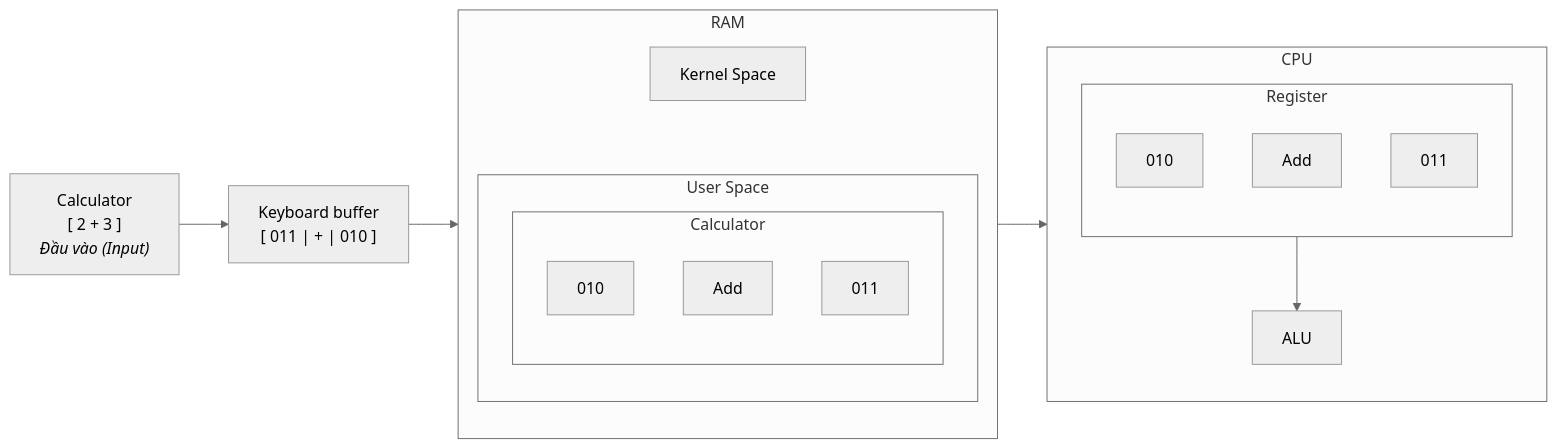
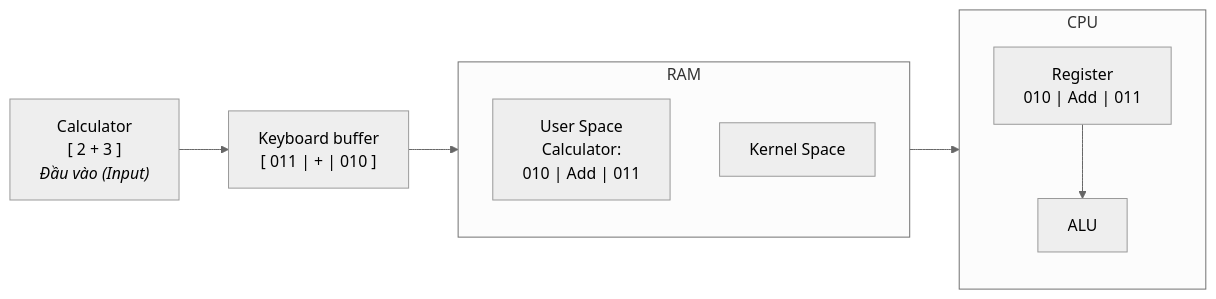
Before and after one commit to Duc-Lee/LLMserving_GPUoptimization: the sixth of 10 diagrams in OperatingSystem/OS_scratch/Concepts_OS/Intro_OS/Lession4.md, drawn with Mermaid (neutral theme). The commit also changed other lines of this file, not shown here.

````diff
--- a/OperatingSystem/OS_scratch/Concepts_OS/Intro_OS/Lession4.md
+++ b/OperatingSystem/OS_scratch/Concepts_OS/Intro_OS/Lession4.md
@@ -135,34 +121,21 @@
 ```mermaid
 flowchart LR
     IN_CALC["Calculator<br/>[ 2 + 3 ]<br/><i>Đầu vào (Input)</i>"] --> KB_BUF["Keyboard buffer<br/>[ 011 | + | 010 ]"]
 
-    KB_BUF --> CALC_RAM
+    KB_BUF --> US
 
     subgraph RAM ["RAM"]
         direction TB
         KS["Kernel Space"]
-        subgraph US ["User Space"]
-            subgraph CALC_RAM ["Calculator"]
-                direction TB
-                V1["010"]
-                OP["Add"]
-                V2["011"]
-            end
-        end
-        KS ~~~ US
+        US["User Space<br/>Calculator:<br/>010 | Add | 011"]
     end
 
-    CALC_RAM --> REG
+    US --> REG
 
     subgraph CPU ["CPU"]
         direction TB
-        subgraph REG ["Register"]
-            direction TB
-            R_V1["010"]
-            R_OP["Add"]
-            R_V2["011"]
-        end
+        REG["Register<br/>010 | Add | 011"]
         ALU["ALU"]
         REG --> ALU
     end
 ```
````
